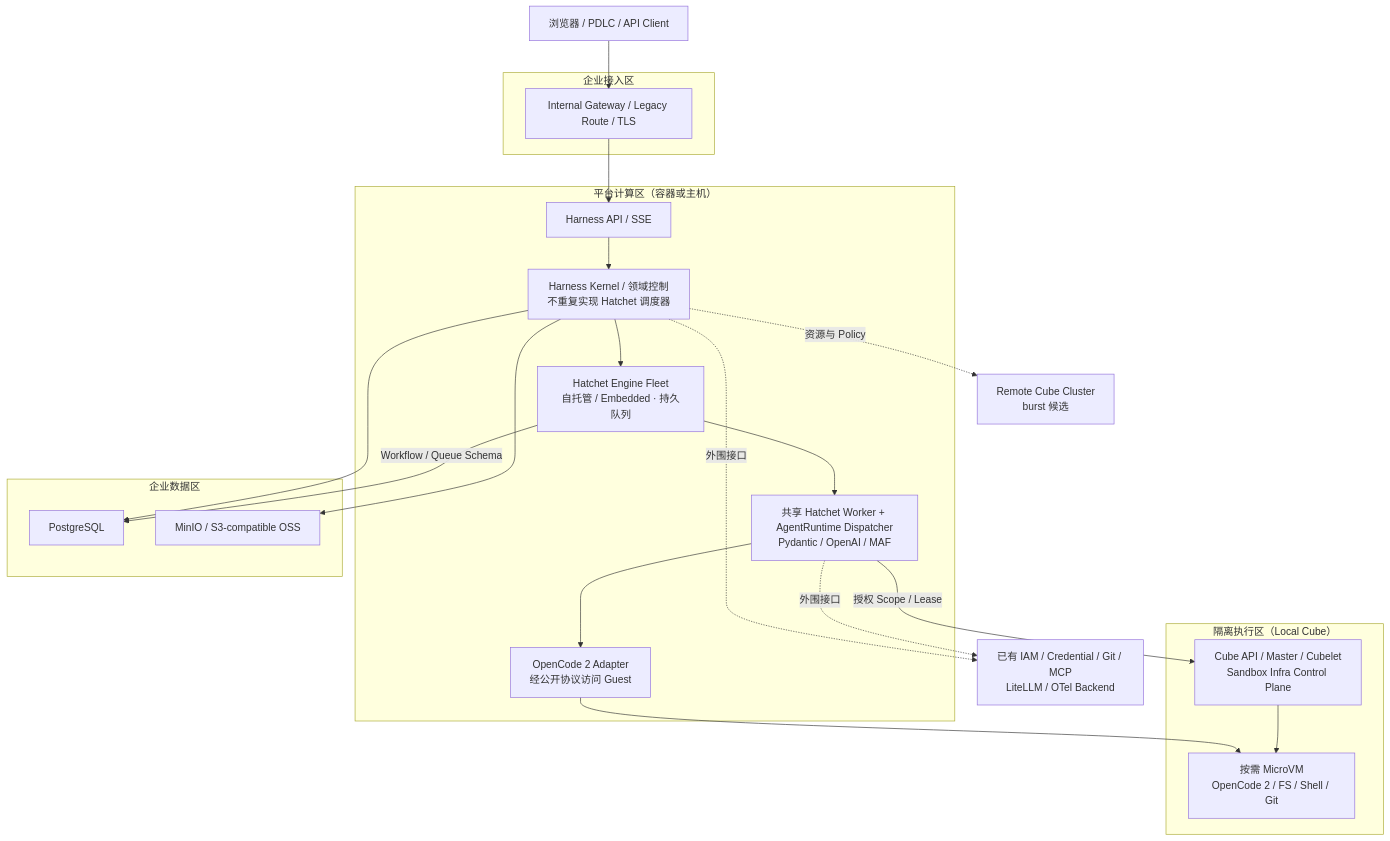
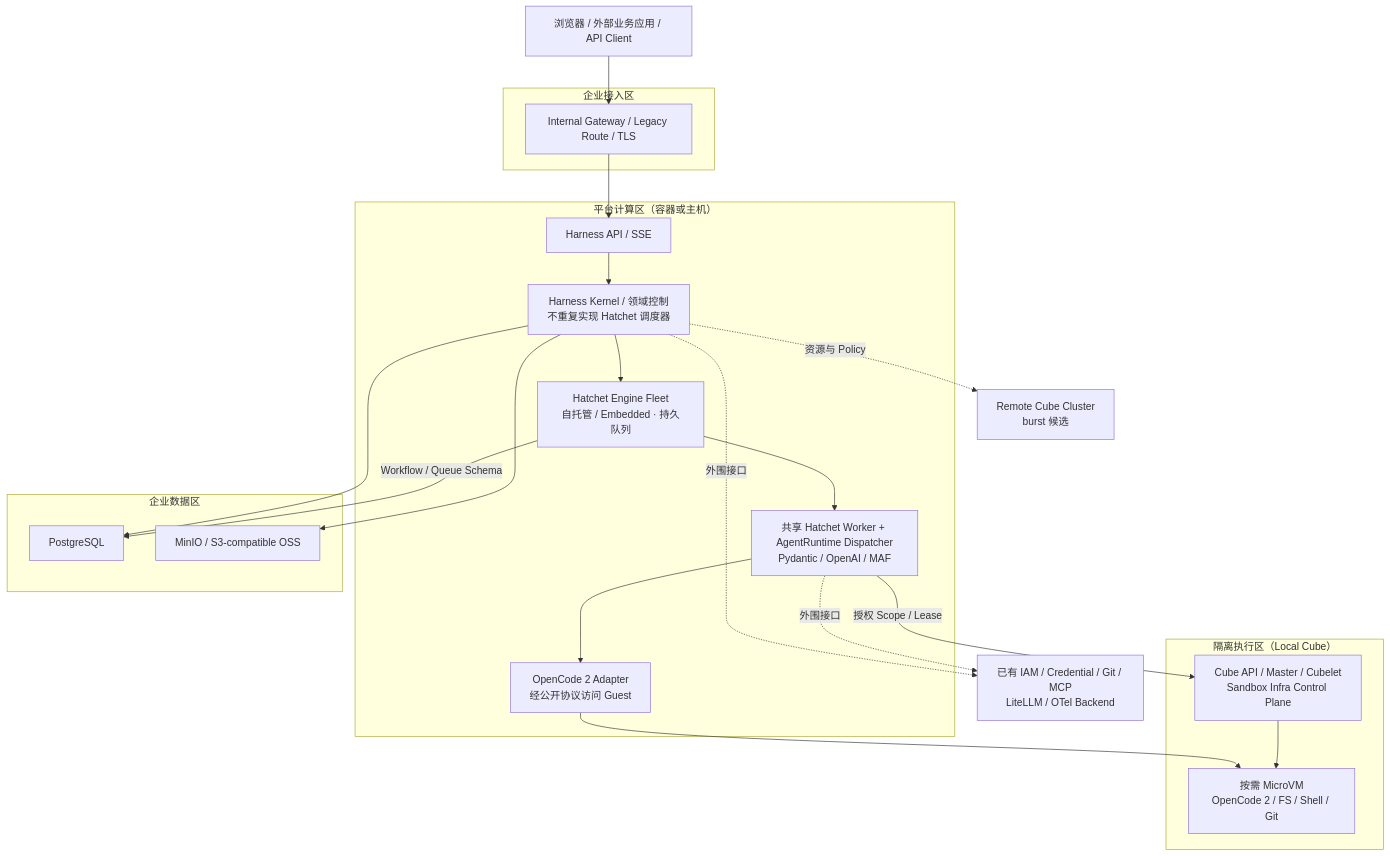
The eighth of 11 diagrams in README.md (Bulls1986/Agent-Harness-Platform), drawn with Mermaid before and after one commit. The commit also changed other lines of this file and 50 other files, not shown here.

````diff
--- a/README.md
+++ b/README.md
@@ -398,34 +398,34 @@
 ```mermaid
 flowchart TB
-  U["浏览器 / PDLC / API Client"]
+  U["浏览器 / 外部业务应用 / API Client"]
   subgraph EDGE["企业接入区"]
     LB["Internal Gateway / Legacy Route / TLS"]
   end
   subgraph PLATFORM["平台计算区（容器或主机）"]
     API["Harness API / SSE"]
     K["Harness Kernel / 领域控制\n不重复实现 Hatchet 调度器"]
     HE["Hatchet Engine Fleet\n自托管 / Embedded · 持久队列"]
     W["共享 Hatchet Worker + AgentRuntime Dispatcher\nPydantic / OpenAI / MAF"]
     O["OpenCode 2 Adapter\n经公开协议访问 Guest"]
   end
   subgraph STORE["企业数据区"]
     PG["PostgreSQL"]
     S3["MinIO / S3-compatible OSS"]
   end
   subgraph LOCAL["隔离执行区（Local Cube）"]
     CM["Cube API / Master / Cubelet\nSandbox Infra Control Plane"]
     VM["按需 MicroVM\nOpenCode 2 / FS / Shell / Git"]
   end
   RC["Remote Cube Cluster\nburst 候选"]
   EXT["已有 IAM / Credential / Git / MCP\nLiteLLM / OTel Backend"]
   U --> LB --> API --> K
   K --> HE --> W
   K --> PG & S3
   HE -->|"Workflow / Queue Schema"| PG
   W --> O
   W -->|"授权 Scope / Lease"| CM
   O --> VM
   CM --> VM
   K -. "资源与 Policy" .-> RC
   K & W -. "外围接口" .-> EXT
 ```
````
